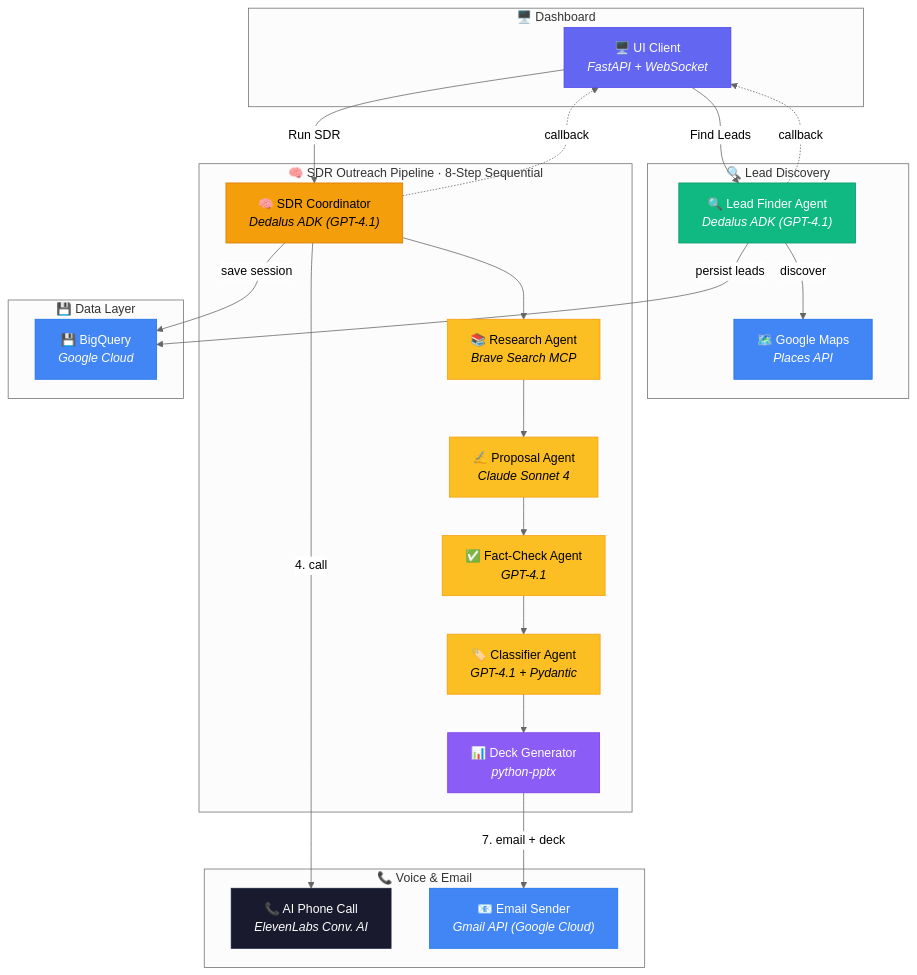
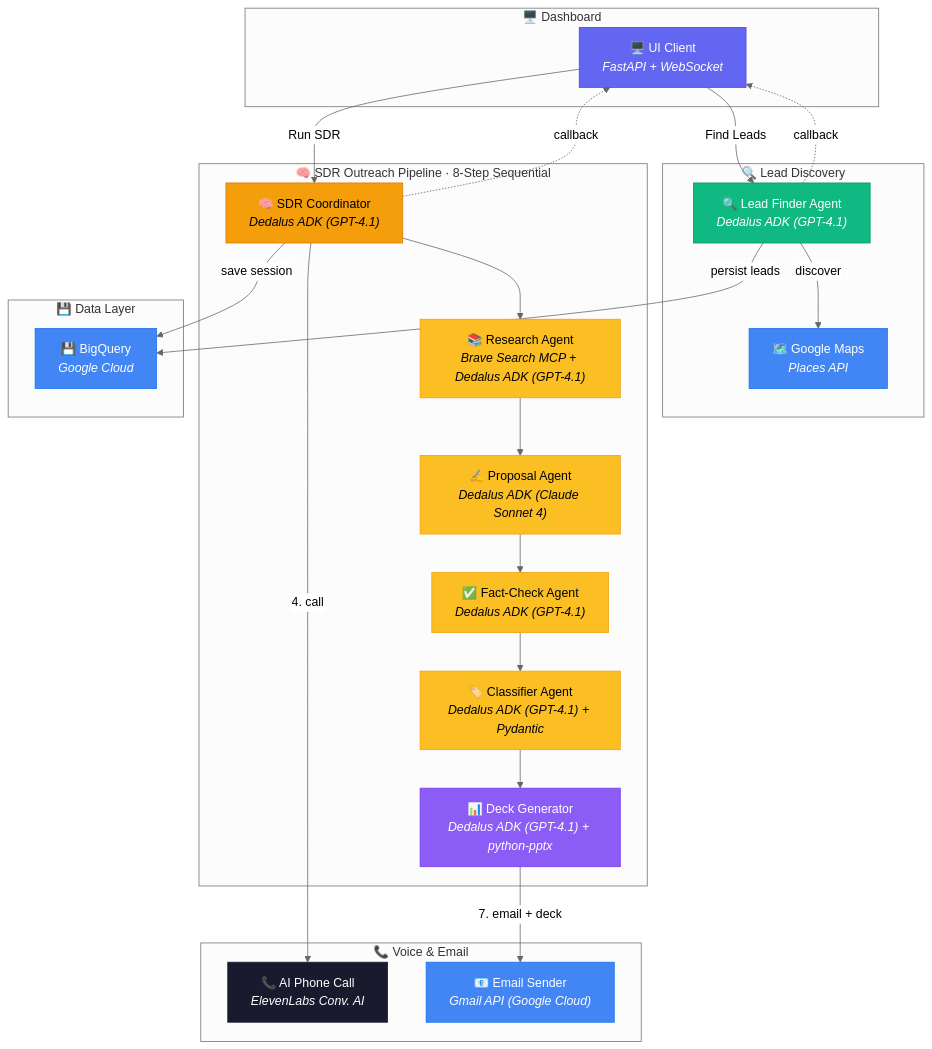
Before and after one commit to akshatbhandari15/RapidReach: the first of 3 diagrams in README.md, drawn with Mermaid (neutral theme).

Commit message:
fix diagram
Updated agent descriptions in the SDR Outreach Pipeline and added a newline at the end of the README.

````diff
--- a/README.md
+++ b/README.md
@@ -164,67 +164,67 @@
 ```mermaid
 graph TB
     %% ── ROW 1: Three blocks across the top ──
     subgraph "🖥️ Dashboard"
         UI["🖥️ UI Client<br/><i>FastAPI + WebSocket</i>"]
     end
 
     subgraph "🔍 Lead Discovery"
         LF["🔍 Lead Finder Agent<br/><i>Dedalus ADK (GPT-4.1)</i>"]
         MAPS["🗺️ Google Maps<br/><i>Places API</i>"]
     end
 
     subgraph "📞 Voice & Email"
         XI["📞 AI Phone Call<br/><i>ElevenLabs Conv. AI</i>"]
         GMAIL["📧 Email Sender<br/><i>Gmail API (Google Cloud)</i>"]
     end
 
     %% ── ROW 2: SDR Pipeline spans full width below ──
     subgraph "🧠 SDR Outreach Pipeline  ·  8-Step Sequential"
         SDR["🧠 SDR Coordinator<br/><i>Dedalus ADK (GPT-4.1)</i>"]
-        RA["📚 Research Agent<br/><i>Brave Search MCP</i>"]
-        PA["✍️ Proposal Agent<br/><i>Claude Sonnet 4</i>"]
-        FA["✅ Fact-Check Agent<br/><i>GPT-4.1</i>"]
-        CA["🏷️ Classifier Agent<br/><i>GPT-4.1 + Pydantic</i>"]
-        DA["📊 Deck Generator<br/><i>python-pptx</i>"]
+        RA["📚 Research Agent<br/><i>Brave Search MCP + Dedalus ADK (GPT-4.1)</i>"]
+        PA["✍️ Proposal Agent<br/><i>Dedalus ADK (Claude Sonnet 4)</i>"]
+        FA["✅ Fact-Check Agent<br/><i>Dedalus ADK (GPT-4.1)</i>"]
+        CA["🏷️ Classifier Agent<br/><i>Dedalus ADK (GPT-4.1) + Pydantic</i>"]
+        DA["📊 Deck Generator<br/><i>Dedalus ADK (GPT-4.1) + python-pptx</i>"]
 
         SDR --> RA --> PA --> FA --> CA --> DA
     end
 
     %% ── ROW 3: Data Layer at the bottom ──
     subgraph "💾 Data Layer"
         BQ["💾 BigQuery<br/><i>Google Cloud</i>"]
     end
 
     %% User triggers (top → middle)
     UI -->|"Find Leads"| LF
     UI -->|"Run SDR"| SDR
 
     %% Lead Finder → Maps + BigQuery
     LF -->|"discover"| MAPS
     LF -->|"persist leads"| BQ
 
     %% SDR → Voice & Email (middle → top-right)
     SDR -->|"4. call"| XI
     DA -->|"7. email + deck"| GMAIL
 
     %% SDR → BigQuery (middle → bottom)
     SDR -->|"save session"| BQ
 
     %% Callbacks (dashed, back to UI)
     LF -.->|"callback"| UI
     SDR -.->|"callback"| UI
 
     %% Styles
     style UI fill:#6366f1,stroke:#4f46e5,color:#fff
     style LF fill:#10b981,stroke:#059669,color:#fff
     style MAPS fill:#4285F4,stroke:#1a73e8,color:#fff
     style XI fill:#1a1a2e,stroke:#16213e,color:#fff
     style GMAIL fill:#4285F4,stroke:#1a73e8,color:#fff
     style SDR fill:#f59e0b,stroke:#d97706,color:#000
     style RA fill:#fbbf24,stroke:#f59e0b,color:#000
     style PA fill:#fbbf24,stroke:#f59e0b,color:#000
     style FA fill:#fbbf24,stroke:#f59e0b,color:#000
     style CA fill:#fbbf24,stroke:#f59e0b,color:#000
     style DA fill:#8b5cf6,stroke:#7c3aed,color:#fff
     style BQ fill:#4285F4,stroke:#1a73e8,color:#fff
 ```
````
